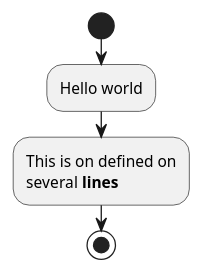
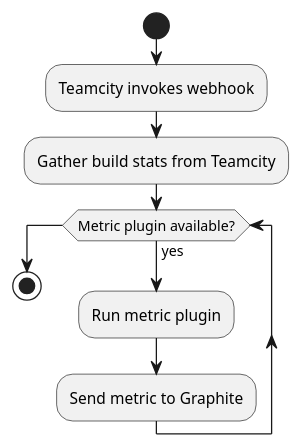
The diagram in diagrams/puml/diagram-activity.puml (findmypast/tech-blog-diagrams), drawn with PlantUML before and after one commit. The commit also changed 5 other files, not shown here.

Commit message:
Adding example diagrams for blog

```diff
--- a/diagrams/puml/diagram-activity.puml
+++ b/diagrams/puml/diagram-activity.puml
@@ -1,7 +1,15 @@
 @startuml
+
 start
-:Hello world;
-:This is on defined on
-several **lines**;
+
+:Teamcity invokes webhook;
+:Gather build stats from Teamcity;
+
+while (Metric plugin available?) is (yes)
+  :Run metric plugin;
+  :Send metric to Graphite;
+endwhile
+
 stop
+
 @enduml
```
